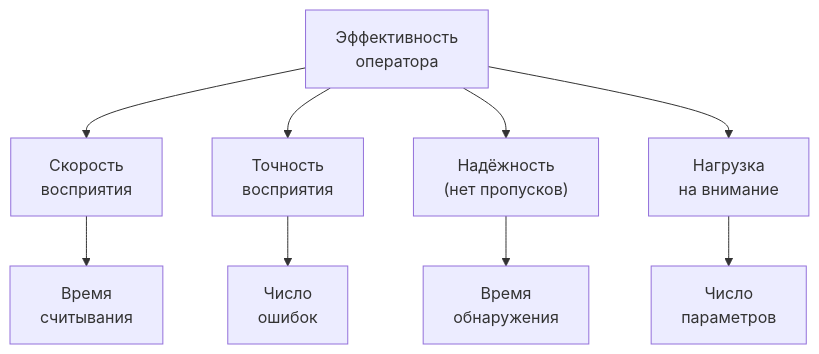
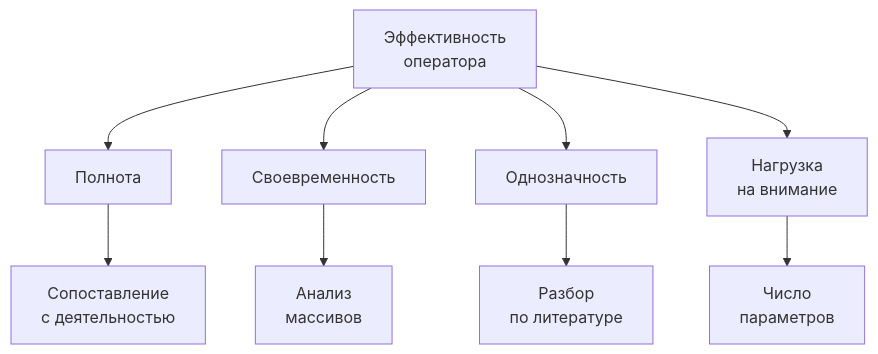
One commit to RedAlexDad/WalkingRobotSim changed the seventh of 19 diagrams in docs/ergonomics-methodology/kr-topic-consultation-report.md. Above: the diagram before and after it, drawn with Mermaid. The commit also changed other lines of this file and 1 other file, not shown here.

````diff
--- a/docs/ergonomics-methodology/kr-topic-consultation-report.md
+++ b/docs/ergonomics-methodology/kr-topic-consultation-report.md
@@ -461,11 +465,11 @@
 ```mermaid
 graph TB
-    EFF["Эффективность<br/>оператора"] --> C1["Скорость<br/>восприятия"]
-    EFF --> C2["Точность<br/>восприятия"]
-    EFF --> C3["Надёжность<br/>(нет пропусков)"]
+    EFF["Эффективность<br/>оператора"] --> C1["Полнота"]
+    EFF --> C2["Своевременность"]
+    EFF --> C3["Однозначность"]
     EFF --> C4["Нагрузка<br/>на внимание"]
-    C1 --> M1["Время<br/>считывания"]
-    C2 --> M2["Число<br/>ошибок"]
-    C3 --> M3["Время<br/>обнаружения"]
+    C1 --> M1["Сопоставление<br/>с деятельностью"]
+    C2 --> M2["Анализ<br/>массивов"]
+    C3 --> M3["Разбор<br/>по литературе"]
     C4 --> M4["Число<br/>параметров"]
 ```
````
